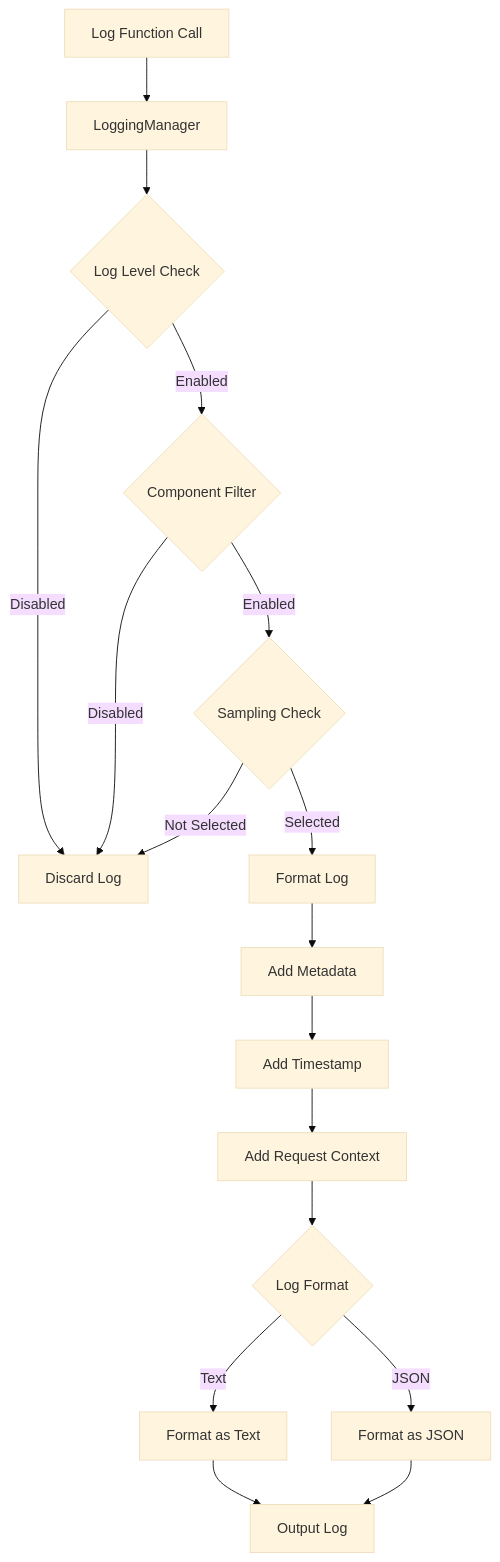
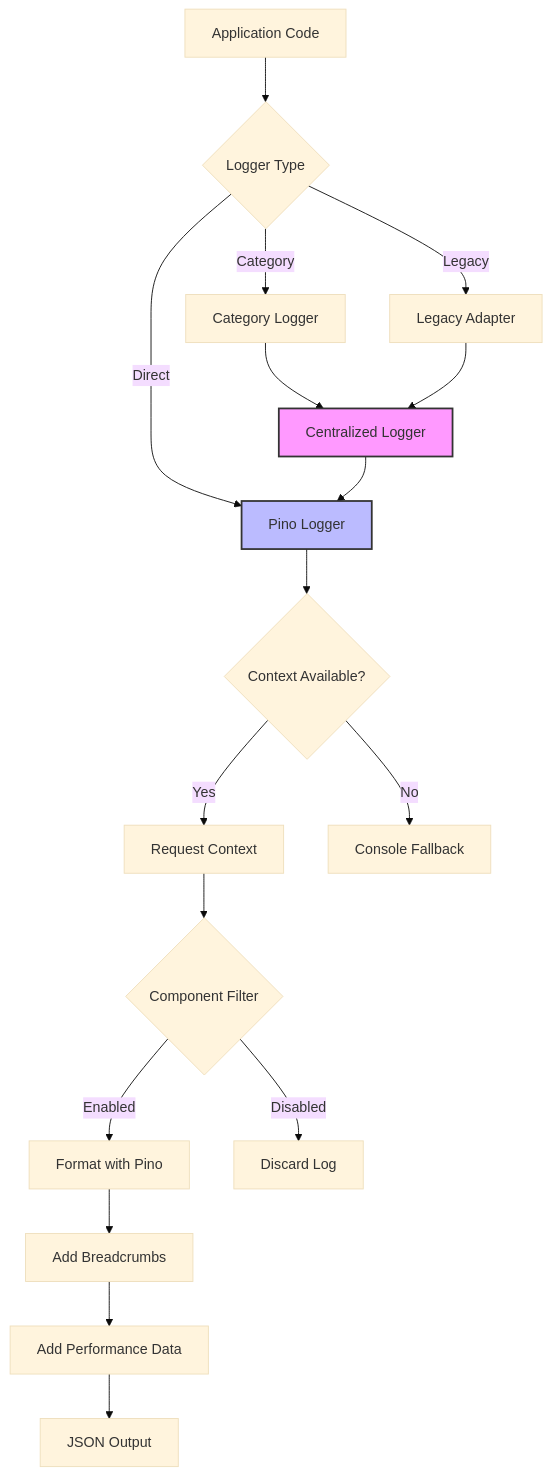
One commit to erfianugrah/video-resizer changed the diagram in docs/features/logging.md. Above: the diagram before and after it, drawn with Mermaid (base theme). The commit also changed other lines of this file and 5 other files, not shown here.

Commit message:
mermaid diagrams updated

````diff
--- a/docs/features/logging.md
+++ b/docs/features/logging.md
@@ -38,18 +38,26 @@
 ```mermaid
 flowchart TD
-    A[Log Function Call] --> B[LoggingManager]
-    B --> C{Log Level Check}
-    C -->|Enabled| D{Component Filter}
-    C -->|Disabled| X[Discard Log]
-    D -->|Enabled| E{Sampling Check}
-    D -->|Disabled| X
-    E -->|Selected| F[Format Log]
-    E -->|Not Selected| X
-    F --> G[Add Metadata]
-    G --> H[Add Timestamp]
-    H --> I[Add Request Context]
-    I --> J{Log Format}
-    J -->|Text| K[Format as Text]
-    J -->|JSON| L[Format as JSON]
-    K & L --> M[Output Log]
+    A[Application Code] --> B{Logger Type}
+    B -->|Direct| C[Pino Logger]
+    B -->|Category| D[Category Logger]
+    B -->|Legacy| E[Legacy Adapter]
+    
+    D --> F[Centralized Logger]
+    E --> F
+    F --> C
+    
+    C --> G{Context Available?}
+    G -->|Yes| H[Request Context]
+    G -->|No| I[Console Fallback]
+    
+    H --> J{Component Filter}
+    J -->|Enabled| K[Format with Pino]
+    J -->|Disabled| X[Discard Log]
+    
+    K --> L[Add Breadcrumbs]
+    L --> M[Add Performance Data]
+    M --> N[JSON Output]
+    
+    style F fill:#f9f,stroke:#333,stroke-width:2px
+    style C fill:#bbf,stroke:#333,stroke-width:2px
 ```
````
